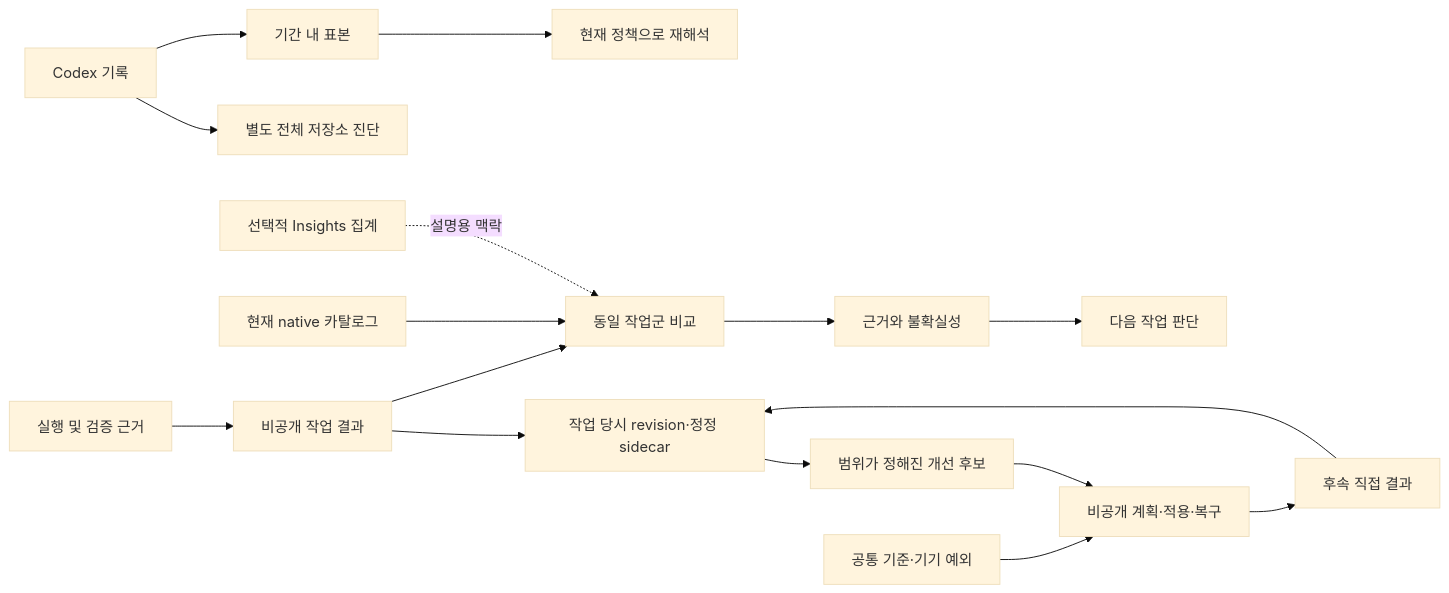
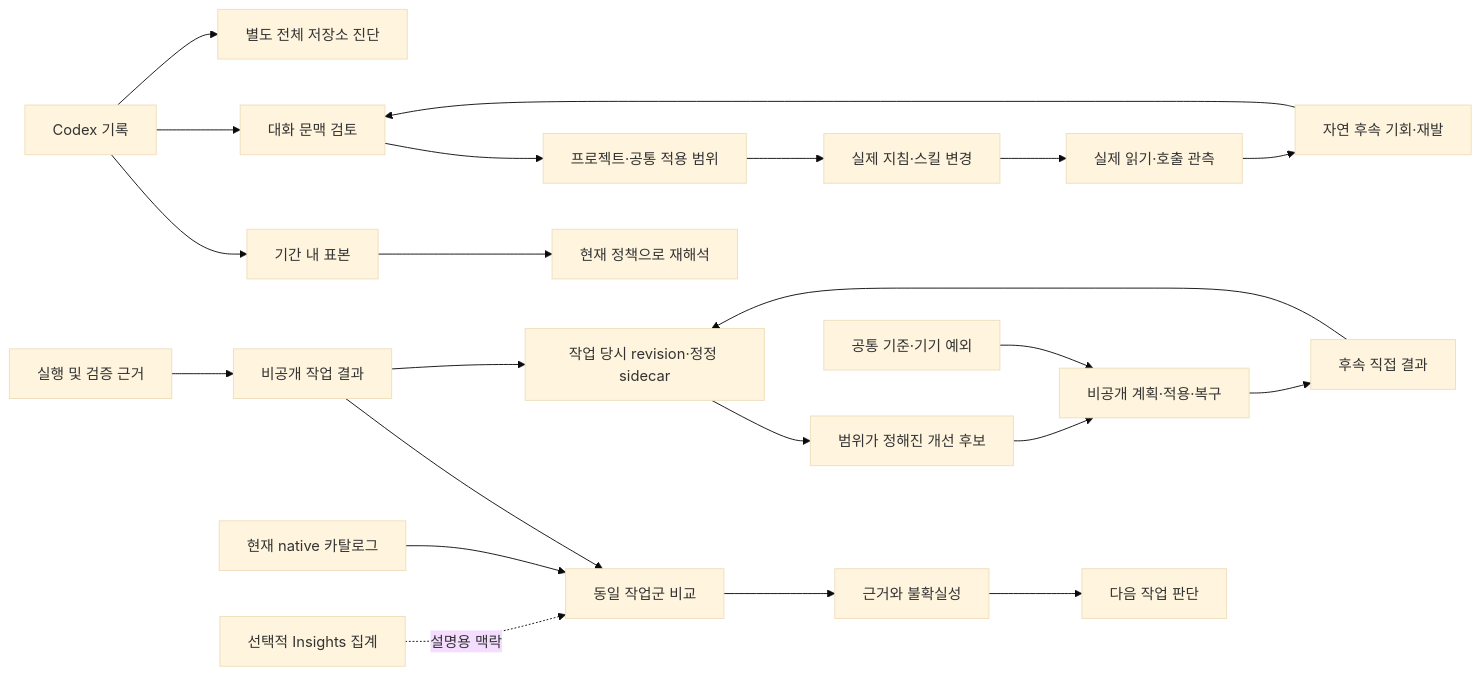
Before and after one commit to jukqaz/groundline: the diagram in docs/architecture.md, drawn with Mermaid (base theme). The commit also changed other lines of this file and 52 other files, not shown here.

````diff
--- a/docs/architecture.md
+++ b/docs/architecture.md
@@ -10,18 +11,24 @@
 ```mermaid
 flowchart LR
   Native[Codex 기록] --> Window[기간 내 표본]
+  Native --> Sequence[대화 문맥 검토]
+  Sequence --> Scoped[프로젝트·공통 적용 범위]
+  Scoped --> Changed[실제 지침·스킬 변경]
+  Changed --> Activated[실제 읽기·호출 관측]
+  Activated --> Natural[자연 후속 기회·재발]
+  Natural --> Sequence
   Native --> Store[별도 전체 저장소 진단]
   Window --> Review[현재 정책으로 재해석]
   Evidence[실행 및 검증 근거] --> Receipt[비공개 작업 결과]
   Receipt --> Compare[동일 작업군 비교]
   Catalog[현재 native 카탈로그] --> Compare
   Insights[선택적 Insights 집계] -. 설명용 맥락 .-> Compare
   Compare --> Decision[근거와 불확실성]
   Decision --> Codex[다음 작업 판단]
   Receipt --> Context[작업 당시 revision·정정 sidecar]
   Context --> Candidate[범위가 정해진 개선 후보]
   Baseline[공통 기준·기기 예외] --> Plan[비공개 계획·적용·복구]
   Candidate --> Plan
   Plan --> Followup[후속 직접 결과]
   Followup --> Context
 ```
````
